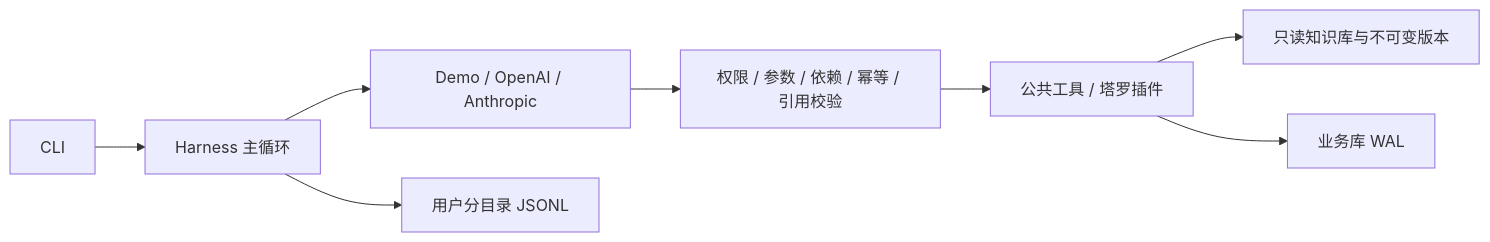
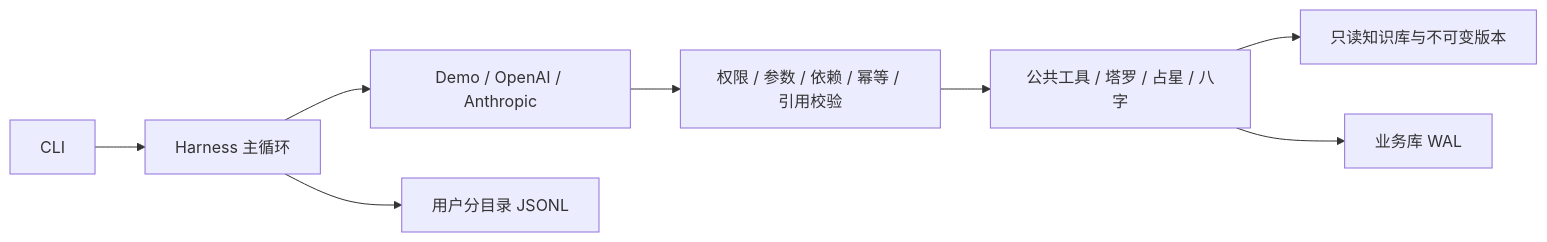
The diagram in README.md (stanGSA/ZhiMing), drawn with Mermaid before and after one commit. The commit also changed other lines of this file and 61 other files, not shown here.

````diff
--- a/README.md
+++ b/README.md
@@ -47,10 +47,10 @@
 ```mermaid
 flowchart LR
     CLI --> Loop[Harness 主循环]
     Loop --> Model[Demo / OpenAI / Anthropic]
     Model --> Guard[权限 / 参数 / 依赖 / 幂等 / 引用校验]
-    Guard --> Tools[公共工具 / 塔罗插件]
+    Guard --> Tools[公共工具 / 塔罗 / 占星 / 八字]
     Tools --> KB[只读知识库与不可变版本]
     Tools --> DB[业务库 WAL]
     Loop --> Trace[用户分目录 JSONL]
 ```
````
